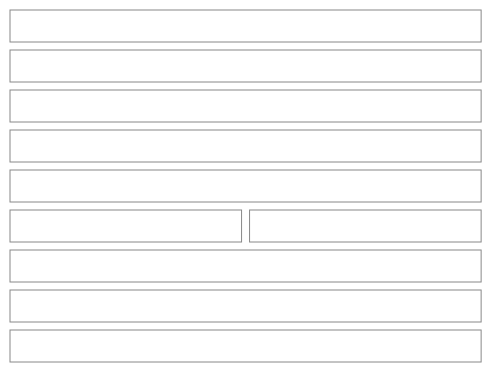
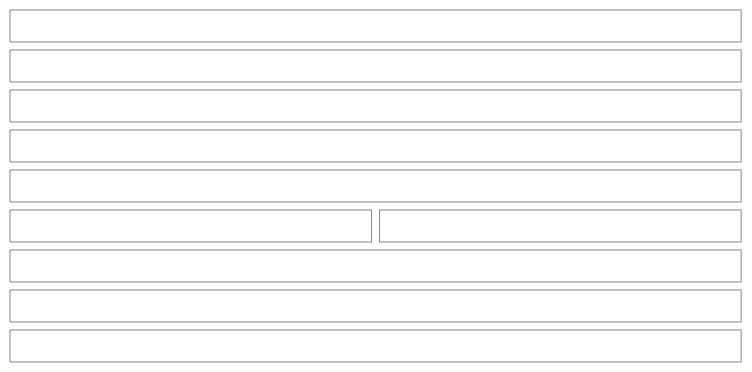
One commit to NovaMoonX/moondreams-dev-apps changed diagram 22 of 54 in src/apps/pinch/UX.md. Above: the diagram before and after it, drawn with Mermaid. The commit also changed other lines of this file and 163 other files, not shown here.

````diff
--- a/src/apps/pinch/UX.md
+++ b/src/apps/pinch/UX.md
@@ -773,25 +765,25 @@
 ```mermaid
 %%{init: {'theme': 'base', 'themeVariables': {'primaryColor': 'transparent', 'primaryBorderColor': '#888888', 'primaryTextColor': '#333333', 'lineColor': '#888888'}}}%%
 block-beta
   columns 2
   W1["Note"]:2
   W2["Your note · a text box, focused once the sheet has settled"]:2
   W3["Is this about a time you cooked it?"]:2
-  W4["No, just a note · Oct 11 · Oct 5 · Sep 27 · Sep 20"]:2
+  W4["No, just a note · Today · Oct 11 · Oct 5 · Sep 27 (Today is picked when there is a cook from today)"]:2
   W5["Write a note to save."]:2
   W6["Cancel"]:1
   W7["Save"]:1
   E1["Editing: Note from Oct 14 · after cooking on Oct 5"]:2
-  E2["Your note (the words only) · Update the recipe from this note"]:2
+  E2["Your note (the words only)"]:2
   E3["🗑  Cancel  Save"]:2
   style W1 fill:transparent,stroke:#888888,stroke-width:1px;
   style W2 fill:transparent,stroke:#888888,stroke-width:1px;
   style W3 fill:transparent,stroke:#888888,stroke-width:1px;
   style W4 fill:transparent,stroke:#888888,stroke-width:1px;
   style W5 fill:transparent,stroke:#888888,stroke-width:1px;
   style W6 fill:transparent,stroke:#888888,stroke-width:1px;
   style W7 fill:transparent,stroke:#888888,stroke-width:1px;
   style E1 fill:transparent,stroke:#888888,stroke-width:1px;
   style E2 fill:transparent,stroke:#888888,stroke-width:1px;
   style E3 fill:transparent,stroke:#888888,stroke-width:1px;
 ```
````
